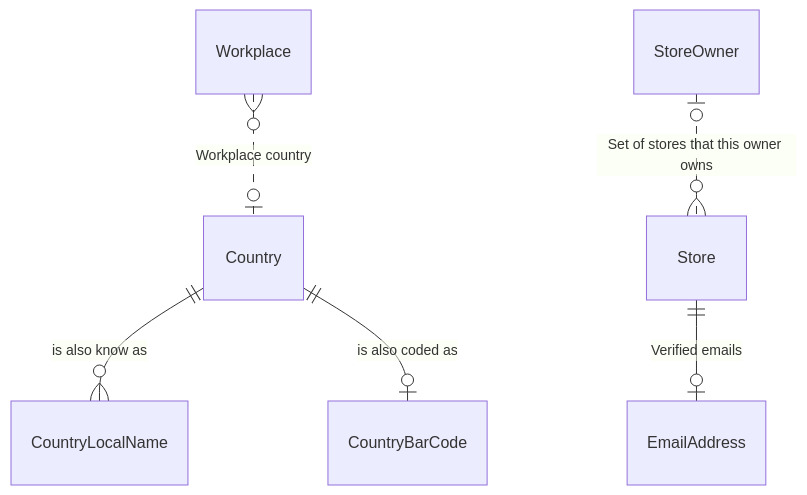
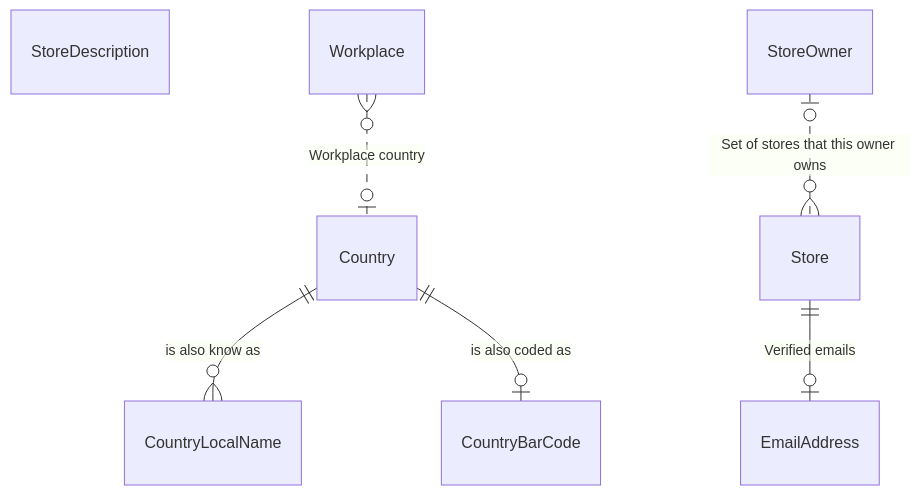
Before and after one commit to NoxOrg/Nox: the diagram in src/Nox.ClientApi.Tests/.nox/docs/README.md, drawn with Mermaid. The commit also changed other lines of this file and 27 other files, not shown here.

````diff
--- a/src/Nox.ClientApi.Tests/.nox/docs/README.md
+++ b/src/Nox.ClientApi.Tests/.nox/docs/README.md
@@ -11,23 +11,25 @@
 ``` mermaid
 erDiagram
     Country {
     }
     Country||--o{CountryLocalName : "is also know as"
     Country||--o|CountryBarCode : "is also coded as"
     CountryLocalName {
     }
     CountryBarCode {
+    }
+    StoreDescription {
     }
     Store {
     }
     Store||--o|EmailAddress : "Verified emails"
     Workplace {
     }
     Workplace}o..o|Country : "Workplace country"
     StoreOwner {
     }
     StoreOwner|o..o{Store : "Set of stores that this owner owns"
     EmailAddress {
     }
 
 ```
````
